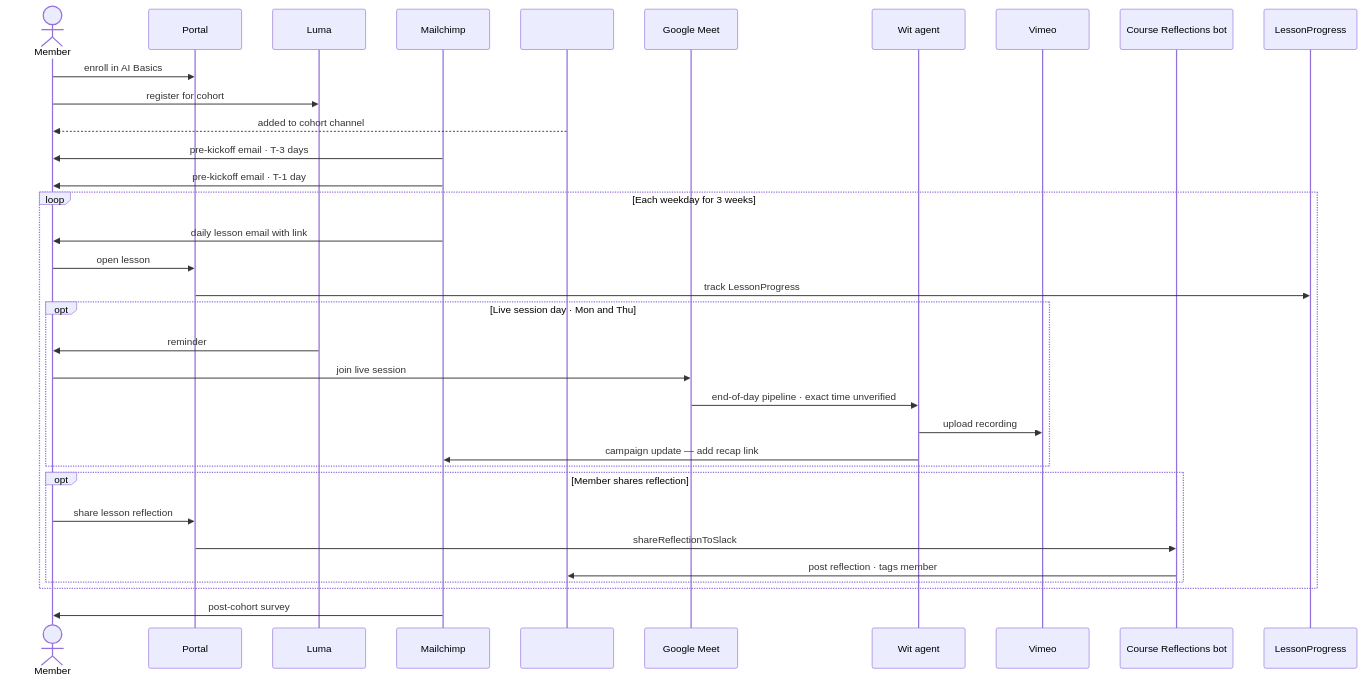
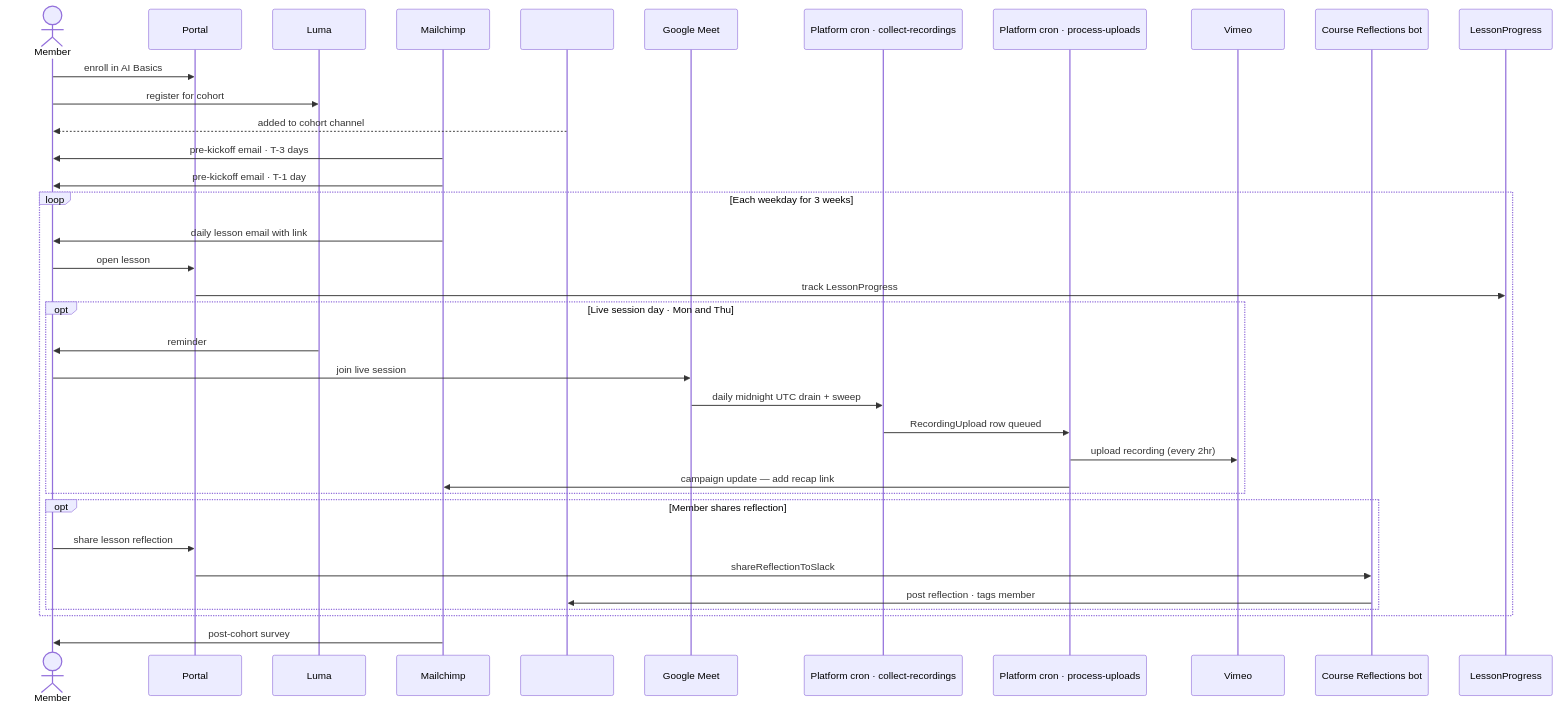
One commit to mgbotoe/agents changed the fifth of 14 diagrams in dev-agent/design/team-os/pass-1/02-process-flows.md. Above: the diagram before and after it, drawn with Mermaid. The commit also changed other lines of this file and 5 other files, not shown here.

````diff
--- a/dev-agent/design/team-os/pass-1/02-process-flows.md
+++ b/dev-agent/design/team-os/pass-1/02-process-flows.md
@@ -170,39 +170,41 @@
 ```mermaid
 sequenceDiagram
  actor M as Member
  participant Portal
  participant Luma
  participant MC as Mailchimp
  participant SlackCh as #aifoundations1-basics
  participant GMeet as Google Meet
- participant Wit as Wit agent
+ participant RecCron as Platform cron · collect-recordings
+ participant UpCron as Platform cron · process-uploads
  participant Vimeo
  participant CourseRefl as Course Reflections bot
  participant DB as LessonProgress
 
  M->>Portal: enroll in AI Basics
  M->>Luma: register for cohort
  SlackCh-->>M: added to cohort channel
  MC->>M: pre-kickoff email · T-3 days
  MC->>M: pre-kickoff email · T-1 day
 
  loop Each weekday for 3 weeks
  MC->>M: daily lesson email with link
  M->>Portal: open lesson
  Portal->>DB: track LessonProgress
  opt Live session day · Mon and Thu
  Luma->>M: reminder
  M->>GMeet: join live session
- GMeet->>Wit: end-of-day pipeline · exact time unverified
- Wit->>Vimeo: upload recording
- Wit->>MC: campaign update — add recap link
+ GMeet->>RecCron: daily midnight UTC drain + sweep
+ RecCron->>UpCron: RecordingUpload row queued
+ UpCron->>Vimeo: upload recording (every 2hr)
+ UpCron->>MC: campaign update — add recap link
  end
  opt Member shares reflection
  M->>Portal: share lesson reflection
  Portal->>CourseRefl: shareReflectionToSlack
  CourseRefl->>SlackCh: post reflection · tags member
  end
  end
 
  MC->>M: post-cohort survey
 ```
````
